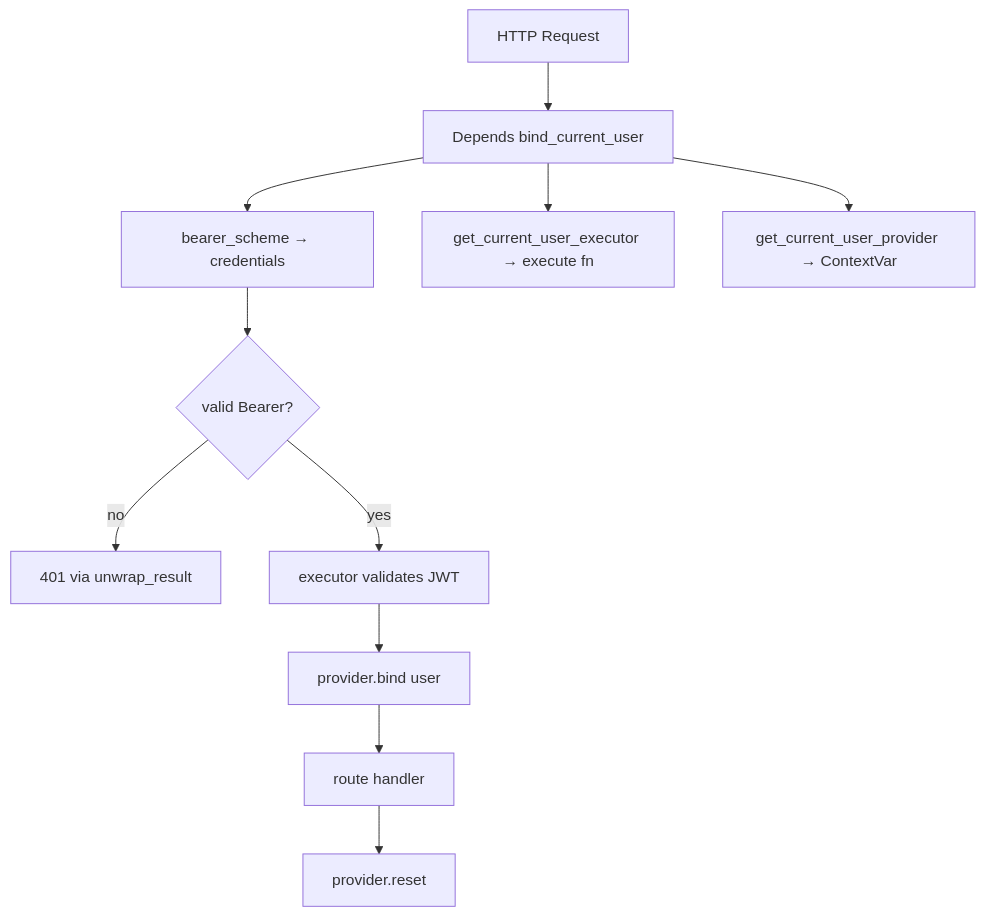
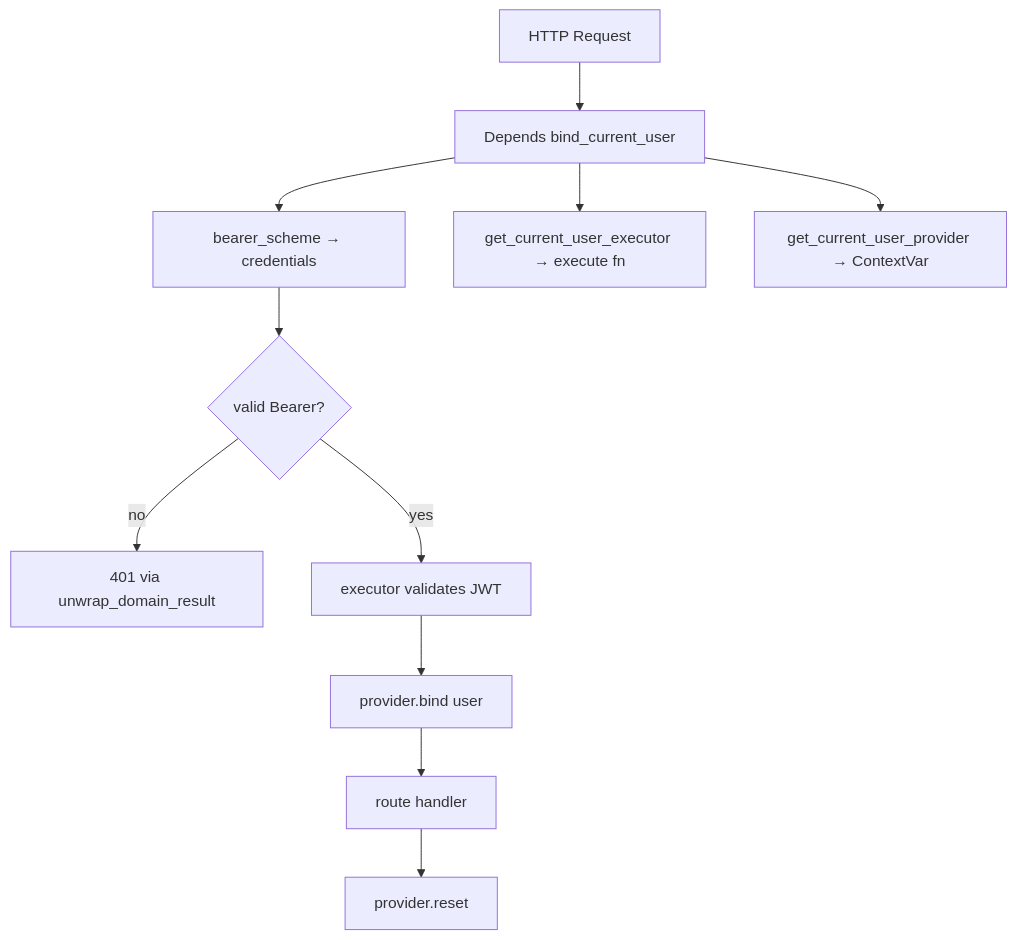
Before and after one commit to artem-bayandin/2026-python-hexagonal-kafka-wallet: the first of 2 diagrams in docs/LEARN_PY.md, drawn with Mermaid. The commit also changed other lines of this file and 13 other files, not shown here.

````diff
--- a/docs/LEARN_PY.md
+++ b/docs/LEARN_PY.md
@@ -265,13 +265,13 @@
 ```mermaid
 flowchart TD
     A[HTTP Request] --> B[Depends bind_current_user]
     B --> C[bearer_scheme → credentials]
     B --> D[get_current_user_executor → execute fn]
     B --> E[get_current_user_provider → ContextVar]
     C --> F{valid Bearer?}
-    F -->|no| G[401 via unwrap_result]
+    F -->|no| G[401 via unwrap_domain_result]
     F -->|yes| H[executor validates JWT]
     H --> I[provider.bind user]
     I --> J[route handler]
     J --> K[provider.reset]
 ```
````
